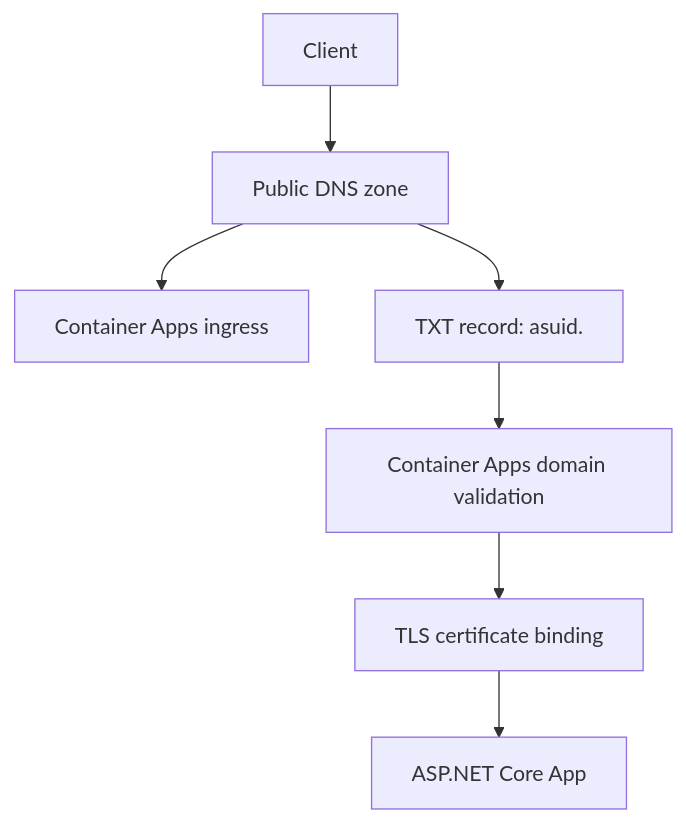
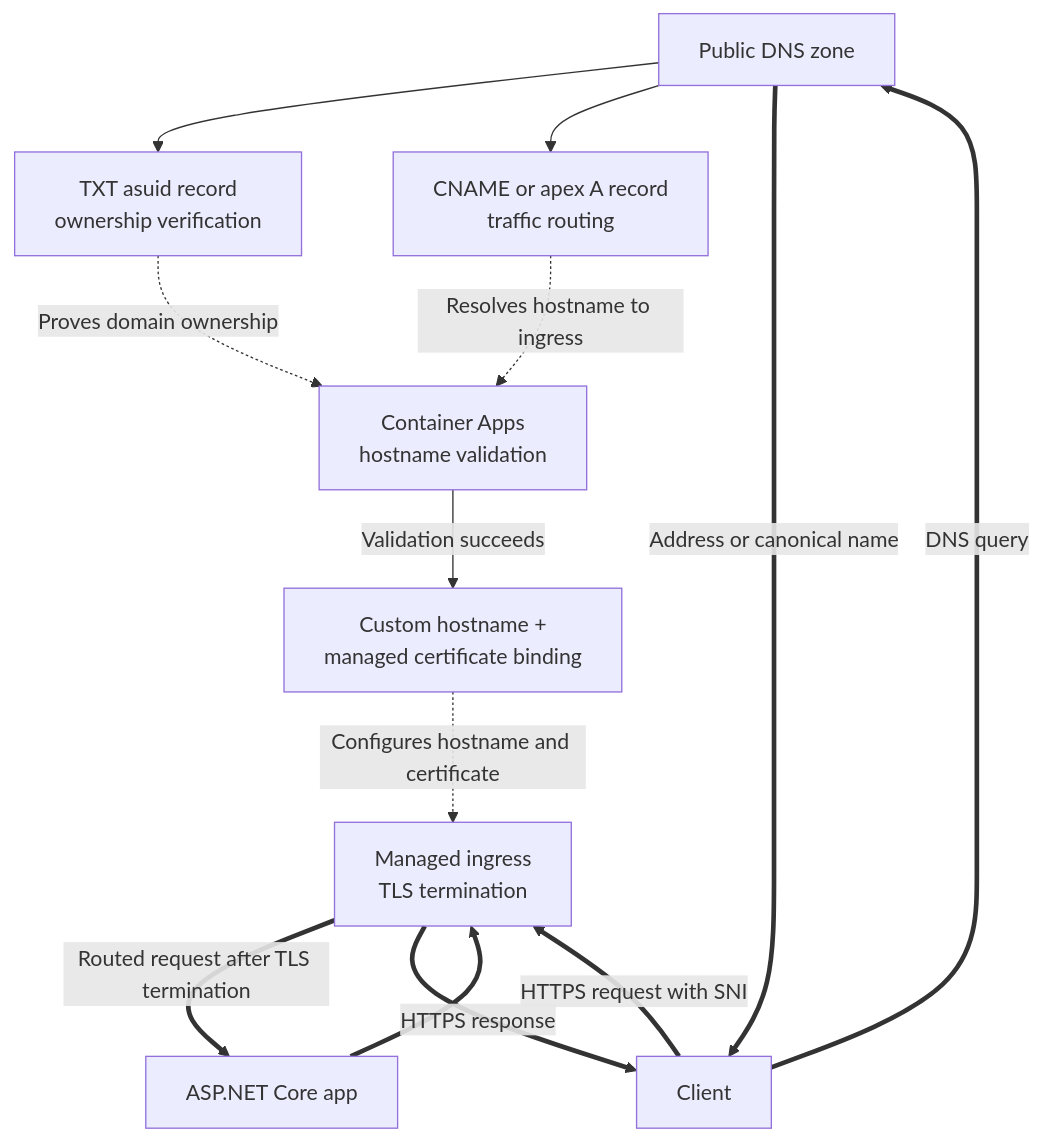
Before and after one commit to yeongseon/azure-container-apps-practical-guide: the diagram in docs/language-guides/dotnet/recipes/custom-domains.md, drawn with Mermaid. The commit also changed other lines of this file and 22 other files, not shown here.

Commit message:
docs(diagrams): migrate language navigation and .NET recipes (#621)

````diff
--- a/docs/language-guides/dotnet/recipes/custom-domains.md
+++ b/docs/language-guides/dotnet/recipes/custom-domains.md
@@ -18,9 +18,26 @@
 ```mermaid
 flowchart TD
-    U[Client] --> DNS[Public DNS zone]
-    DNS --> INGRESS[Container Apps ingress]
-    DNS --> TXT[TXT record: asuid.<host>]
-    TXT --> ACA[Container Apps domain validation]
-    ACA --> CERT[TLS certificate binding]
-    CERT --> APP[ASP.NET Core App]
+    accTitle: Custom hostname validation and HTTPS request flow
+    accDescr: DNS ownership and routing records permit Container Apps to validate and bind the hostname and managed certificate. After binding succeeds, a client resolves the hostname and sends an HTTPS request to managed ingress, which terminates TLS and routes the request to ASP.NET Core.
+    DNS[Public DNS zone]
+    TXT[TXT asuid record<br/>ownership verification]
+    ROUTE[CNAME or apex A record<br/>traffic routing]
+    VALIDATE[Container Apps<br/>hostname validation]
+    BIND[Custom hostname +<br/>managed certificate binding]
+    CLIENT[Client]
+    INGRESS[Managed ingress<br/>TLS termination]
+    APP[ASP.NET Core app]
+
+    DNS --> TXT
+    DNS --> ROUTE
+    TXT -.->|"Proves domain ownership"| VALIDATE
+    ROUTE -.->|"Resolves hostname to ingress"| VALIDATE
+    VALIDATE -->|"Validation succeeds"| BIND
+    BIND -.->|"Configures hostname and certificate"| INGRESS
+    CLIENT ==>|"DNS query"| DNS
+    DNS ==>|"Address or canonical name"| CLIENT
+    CLIENT ==>|"HTTPS request with SNI"| INGRESS
+    INGRESS ==>|"Routed request after TLS termination"| APP
+    APP ==> INGRESS
+    INGRESS ==>|"HTTPS response"| CLIENT
 ```
````
